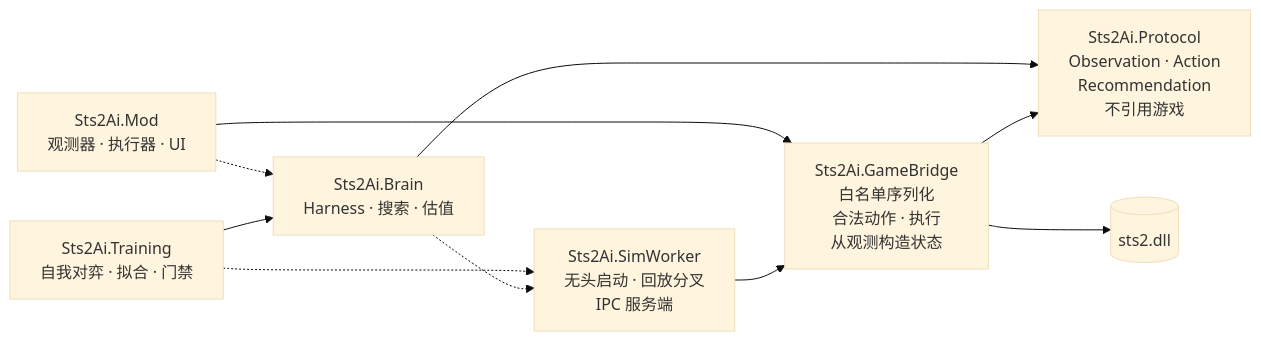
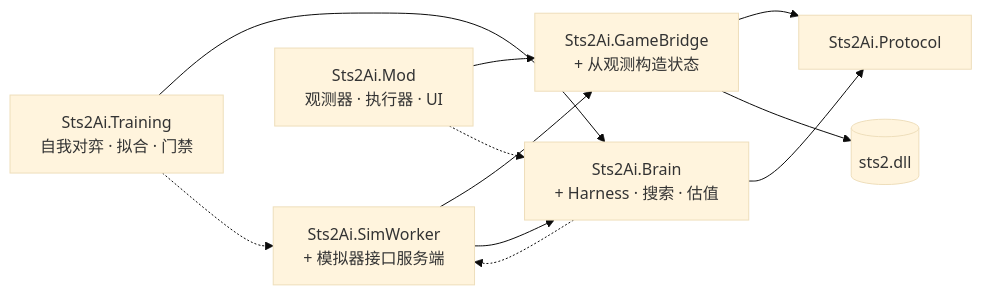
The seventh of 7 diagrams in docs/architecture.md (shinnku-nikaidou/spire-zero), drawn with Mermaid (base theme) before and after one commit. The commit also changed other lines of this file and 28 other files, not shown here.

````diff
--- a/docs/architecture.md
+++ b/docs/architecture.md
@@ -220,21 +232,22 @@
 ```mermaid
 flowchart LR
-    Protocol["Sts2Ai.Protocol<br/>Observation · Action<br/>Recommendation<br/>不引用游戏"]
-    Bridge["Sts2Ai.GameBridge<br/>白名单序列化<br/>合法动作 · 执行<br/>从观测构造状态"]
-    Sim["Sts2Ai.SimWorker<br/>无头启动 · 回放分叉<br/>IPC 服务端"]
+    Protocol["Sts2Ai.Protocol"]
+    Bridge["Sts2Ai.GameBridge<br/>+ 从观测构造状态"]
+    Sim["Sts2Ai.SimWorker<br/>+ 模拟器接口服务端"]
     Mod["Sts2Ai.Mod<br/>观测器 · 执行器 · UI"]
-    Brain["Sts2Ai.Brain<br/>Harness · 搜索 · 估值"]
+    Brain["Sts2Ai.Brain<br/>+ Harness · 搜索 · 估值"]
     Train["Sts2Ai.Training<br/>自我对弈 · 拟合 · 门禁"]
     DLL[("sts2.dll")]
 
     Bridge --> Protocol
     Bridge --> DLL
     Sim --> Bridge
+    Sim --> Brain
     Mod --> Bridge
     Brain --> Protocol
     Train --> Brain
 
     Mod -.-> Brain
     Brain -.-> Sim
     Train -.-> Sim
 ```
````
